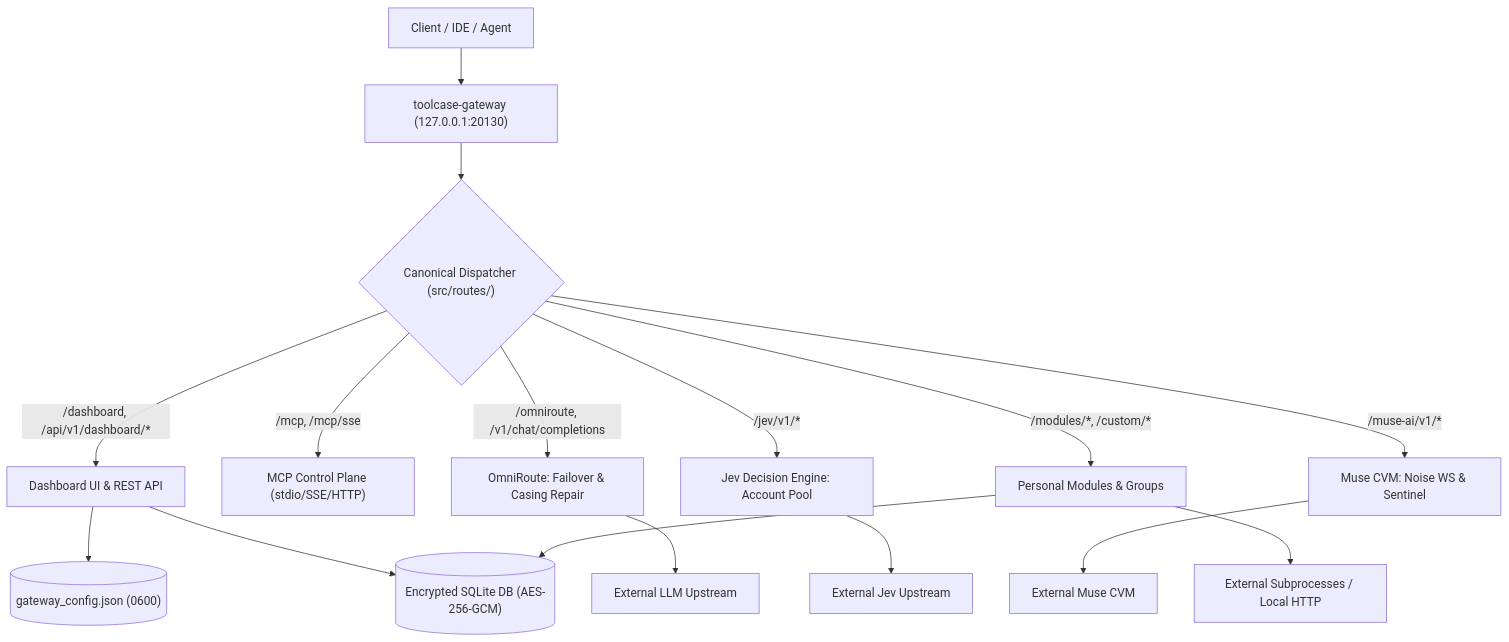
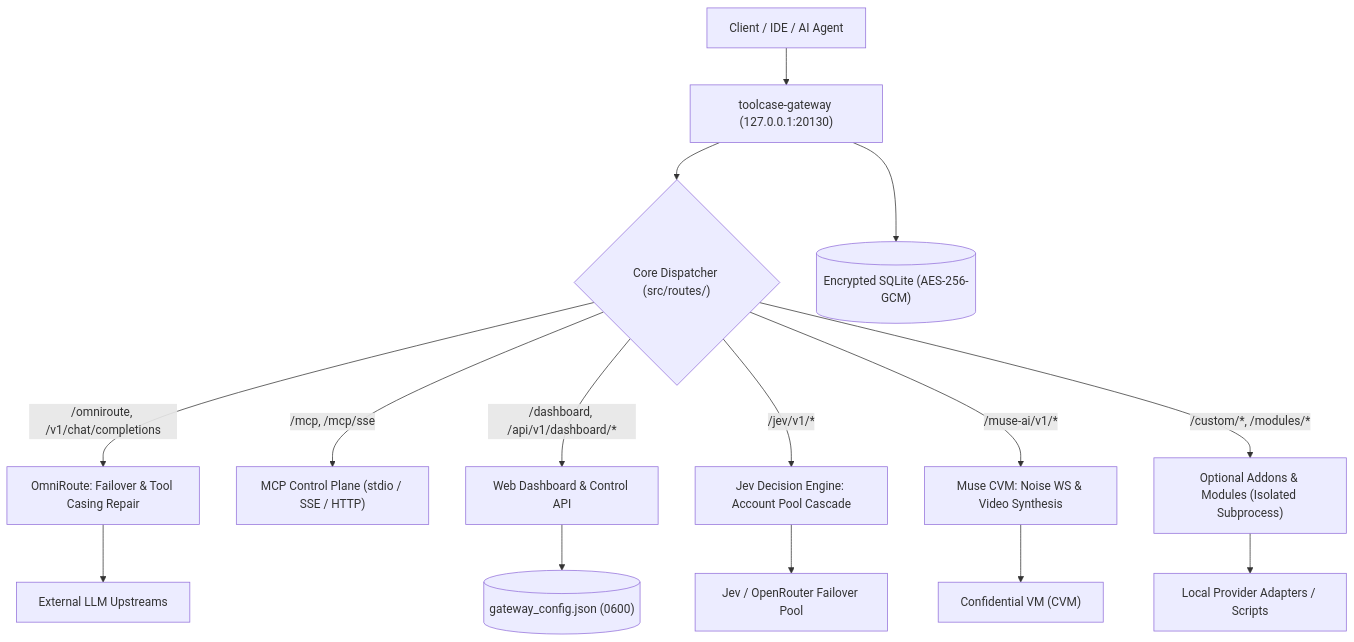
Before and after one commit to giauphan/toolcase-gateway: the diagram in README.md, drawn with Mermaid. The commit also changed other lines of this file, not shown here.

Commit message:
docs(readme): highlight toolcase gateway core features and position modules as optional

````diff
--- a/README.md
+++ b/README.md
@@ -45,19 +63,19 @@
 ```mermaid
 flowchart TD
-    Client["Client / IDE / Agent"] --> Gateway["toolcase-gateway (127.0.0.1:20130)"]
-    Gateway --> Dispatcher{"Canonical Dispatcher (src/routes/)"}
+    Client["Client / IDE / AI Agent"] --> Gateway["toolcase-gateway (127.0.0.1:20130)"]
+    Gateway --> Dispatcher{"Core Dispatcher (src/routes/)"}
 
-    Dispatcher -->|"/dashboard, /api/v1/dashboard/*"| Dashboard["Dashboard UI & REST API"]
-    Dispatcher -->|"/mcp, /mcp/sse"| MCP["MCP Control Plane (stdio/SSE/HTTP)"]
-    Dispatcher -->|"/omniroute, /v1/chat/completions"| OmniRoute["OmniRoute: Failover & Casing Repair"]
-    Dispatcher -->|"/jev/v1/*"| Jev["Jev Decision Engine: Account Pool"]
-    Dispatcher -->|"/muse-ai/v1/*"| Muse["Muse CVM: Noise WS & Sentinel"]
-    Dispatcher -->|"/modules/*, /custom/*"| Modules["Personal Modules & Groups"]
+    Dispatcher -->|"/omniroute, /v1/chat/completions"| OmniRoute["OmniRoute: Failover & Tool Casing Repair"]
+    Dispatcher -->|"/mcp, /mcp/sse"| MCP["MCP Control Plane (stdio / SSE / HTTP)"]
+    Dispatcher -->|"/dashboard, /api/v1/dashboard/*"| Dashboard["Web Dashboard & Control API"]
+    Dispatcher -->|"/jev/v1/*"| Jev["Jev Decision Engine: Account Pool Cascade"]
+    Dispatcher -->|"/muse-ai/v1/*"| Muse["Muse CVM: Noise WS & Video Synthesis"]
+    Dispatcher -->|"/custom/*, /modules/*"| Modules["Optional Addons & Modules (Isolated Subprocess)"]
 
-    Dashboard --> Disk[("gateway_config.json (0600)")]
-    Dashboard & Modules --> SQLite[("Encrypted SQLite DB (AES-256-GCM)")]
-    OmniRoute --> UpstreamLLM["External LLM Upstream"]
-    Jev --> UpstreamJev["External Jev Upstream"]
-    Muse --> UpstreamMuse["External Muse CVM"]
-    Modules --> Subprocesses["External Subprocesses / Local HTTP"]
+    OmniRoute --> UpstreamLLM["External LLM Upstreams"]
+    Jev --> UpstreamJev["Jev / OpenRouter Failover Pool"]
+    Muse --> UpstreamMuse["Confidential VM (CVM)"]
+    Modules --> Subprocesses["Local Provider Adapters / Scripts"]
+    Dashboard --> ConfigDisk[("gateway_config.json (0600)")]
+    Gateway --> EncryptedDB[("Encrypted SQLite (AES-256-GCM)")]
 ```
````
